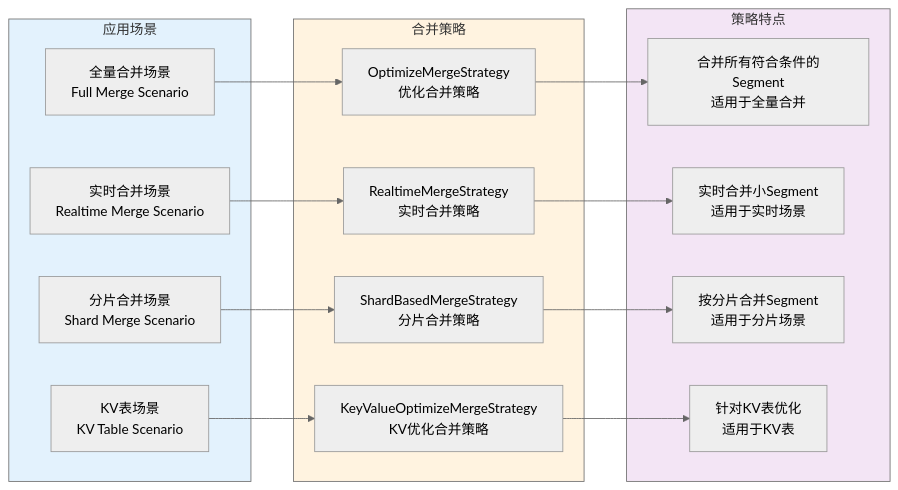
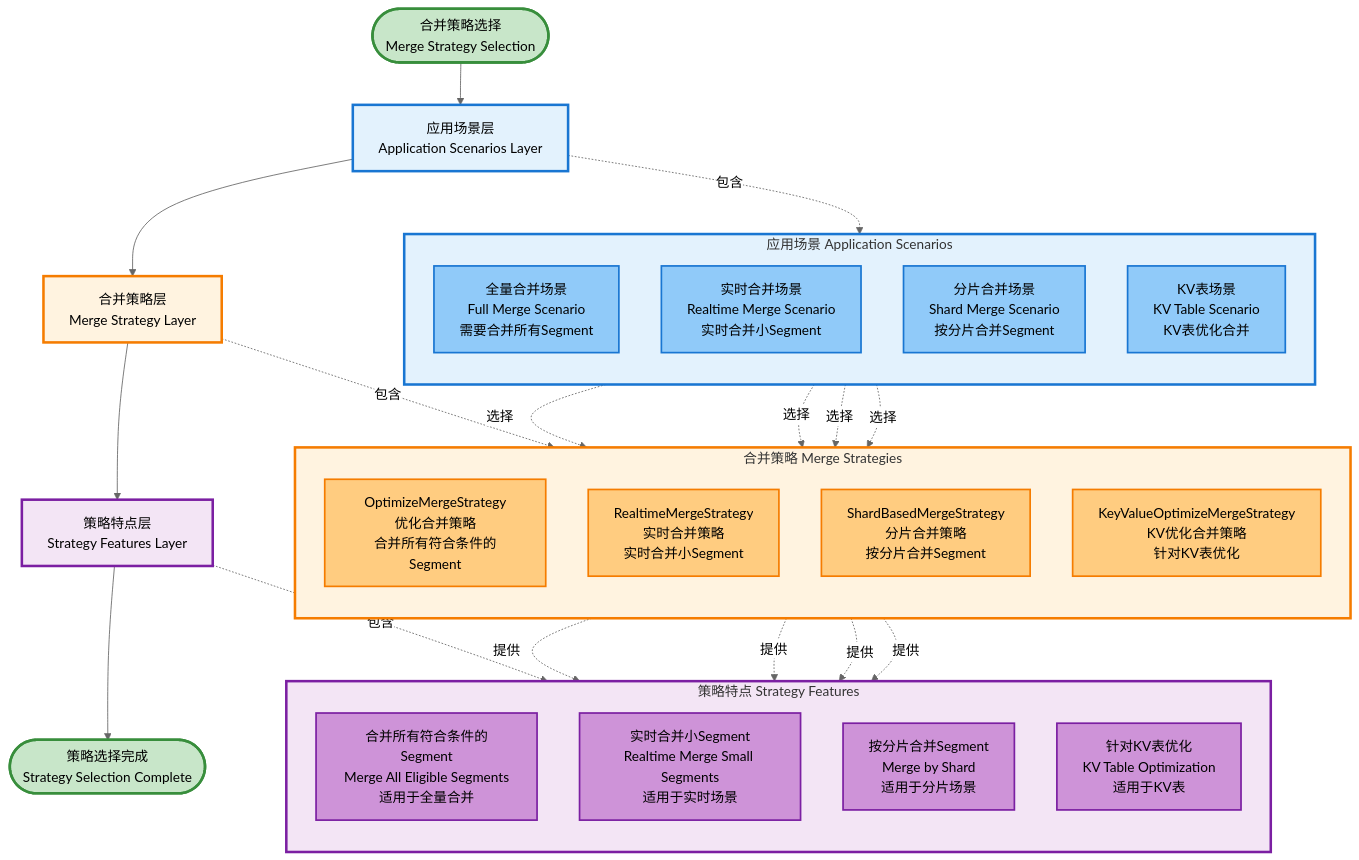
Diagram 12 of 20 in _posts/2025-06-29-indexlib-6-segment-merge.md (zhouzhilong-commits/zhouzhilong-commits.github.io), drawn with Mermaid (neutral theme) before and after one commit. The commit also changed other lines of this file and 19 other files, not shown here.

````diff
--- a/_posts/2025-06-29-indexlib-6-segment-merge.md
+++ b/_posts/2025-06-29-indexlib-6-segment-merge.md
@@ -888,36 +958,69 @@
 ```mermaid
-flowchart LR
-    subgraph Scenarios["应用场景"]
-        SC1[全量合并场景<br/>Full Merge Scenario]
-        SC2[实时合并场景<br/>Realtime Merge Scenario]
-        SC3[分片合并场景<br/>Shard Merge Scenario]
-        SC4[KV表场景<br/>KV Table Scenario]
+flowchart TB
+    Start([合并策略选择<br/>Merge Strategy Selection]) --> ScenarioLayer[应用场景层<br/>Application Scenarios Layer]
+    
+    subgraph ScenarioGroup["应用场景 Application Scenarios"]
+        direction TB
+        SC1[全量合并场景<br/>Full Merge Scenario<br/>需要合并所有Segment]
+        SC2[实时合并场景<br/>Realtime Merge Scenario<br/>实时合并小Segment]
+        SC3[分片合并场景<br/>Shard Merge Scenario<br/>按分片合并Segment]
+        SC4[KV表场景<br/>KV Table Scenario<br/>KV表优化合并]
     end
     
-    subgraph Strategies["合并策略"]
-        ST1[OptimizeMergeStrategy<br/>优化合并策略]
-        ST2[RealtimeMergeStrategy<br/>实时合并策略]
-        ST3[ShardBasedMergeStrategy<br/>分片合并策略]
-        ST4[KeyValueOptimizeMergeStrategy<br/>KV优化合并策略]
+    ScenarioLayer --> StrategyLayer[合并策略层<br/>Merge Strategy Layer]
+    
+    subgraph StrategyGroup["合并策略 Merge Strategies"]
+        direction TB
+        ST1[OptimizeMergeStrategy<br/>优化合并策略<br/>合并所有符合条件的Segment]
+        ST2[RealtimeMergeStrategy<br/>实时合并策略<br/>实时合并小Segment]
+        ST3[ShardBasedMergeStrategy<br/>分片合并策略<br/>按分片合并Segment]
+        ST4[KeyValueOptimizeMergeStrategy<br/>KV优化合并策略<br/>针对KV表优化]
     end
     
-    subgraph Features["策略特点"]
-        F1[合并所有符合条件的Segment<br/>适用于全量合并]
-        F2[实时合并小Segment<br/>适用于实时场景]
-        F3[按分片合并Segment<br/>适用于分片场景]
-        F4[针对KV表优化<br/>适用于KV表]
+    StrategyLayer --> FeatureLayer[策略特点层<br/>Strategy Features Layer]
+    
+    subgraph FeatureGroup["策略特点 Strategy Features"]
+        direction TB
+        F1[合并所有符合条件的Segment<br/>Merge All Eligible Segments<br/>适用于全量合并]
+        F2[实时合并小Segment<br/>Realtime Merge Small Segments<br/>适用于实时场景]
+        F3[按分片合并Segment<br/>Merge by Shard<br/>适用于分片场景]
+        F4[针对KV表优化<br/>KV Table Optimization<br/>适用于KV表]
     end
     
-    SC1 --> ST1
-    SC2 --> ST2
-    SC3 --> ST3
-    SC4 --> ST4
-    ST1 --> F1
-    ST2 --> F2
-    ST3 --> F3
-    ST4 --> F4
+    FeatureLayer --> End([策略选择完成<br/>Strategy Selection Complete])
     
-    style Scenarios fill:#e3f2fd
-    style Strategies fill:#fff3e0
-    style Features fill:#f3e5f5
+    ScenarioLayer -.->|包含| ScenarioGroup
+    StrategyLayer -.->|包含| StrategyGroup
+    FeatureLayer -.->|包含| FeatureGroup
+    
+    SC1 -.->|选择| ST1
+    SC2 -.->|选择| ST2
+    SC3 -.->|选择| ST3
+    SC4 -.->|选择| ST4
+    
+    ST1 -.->|提供| F1
+    ST2 -.->|提供| F2
+    ST3 -.->|提供| F3
+    ST4 -.->|提供| F4
+    
+    style Start fill:#c8e6c9,stroke:#388e3c,stroke-width:3px
+    style End fill:#c8e6c9,stroke:#388e3c,stroke-width:3px
+    style ScenarioLayer fill:#e3f2fd,stroke:#1976d2,stroke-width:3px
+    style StrategyLayer fill:#fff3e0,stroke:#f57c00,stroke-width:3px
+    style FeatureLayer fill:#f3e5f5,stroke:#7b1fa2,stroke-width:3px
+    style ScenarioGroup fill:#e3f2fd,stroke:#1976d2,stroke-width:3px
+    style SC1 fill:#90caf9,stroke:#1976d2,stroke-width:2px
+    style SC2 fill:#90caf9,stroke:#1976d2,stroke-width:2px
+    style SC3 fill:#90caf9,stroke:#1976d2,stroke-width:2px
+    style SC4 fill:#90caf9,stroke:#1976d2,stroke-width:2px
+    style StrategyGroup fill:#fff3e0,stroke:#f57c00,stroke-width:3px
+    style ST1 fill:#ffcc80,stroke:#f57c00,stroke-width:2px
+    style ST2 fill:#ffcc80,stroke:#f57c00,stroke-width:2px
+    style ST3 fill:#ffcc80,stroke:#f57c00,stroke-width:2px
+    style ST4 fill:#ffcc80,stroke:#f57c00,stroke-width:2px
+    style FeatureGroup fill:#f3e5f5,stroke:#7b1fa2,stroke-width:3px
+    style F1 fill:#ce93d8,stroke:#7b1fa2,stroke-width:2px
+    style F2 fill:#ce93d8,stroke:#7b1fa2,stroke-width:2px
+    style F3 fill:#ce93d8,stroke:#7b1fa2,stroke-width:2px
+    style F4 fill:#ce93d8,stroke:#7b1fa2,stroke-width:2px
 ```
````
